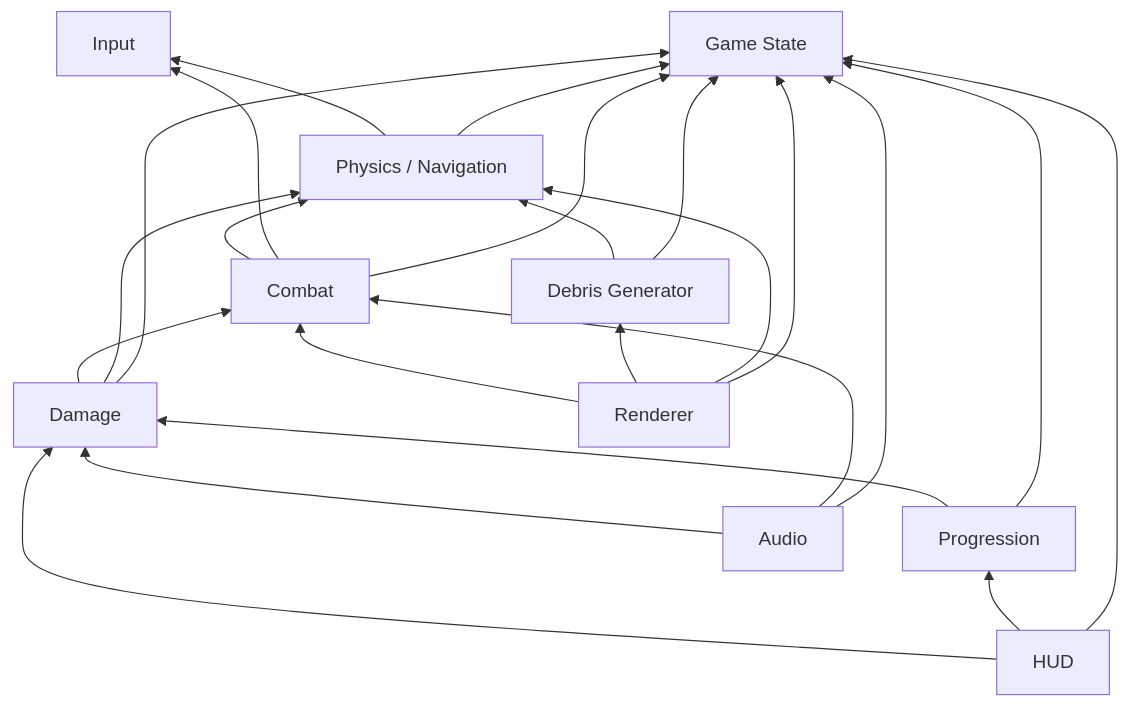
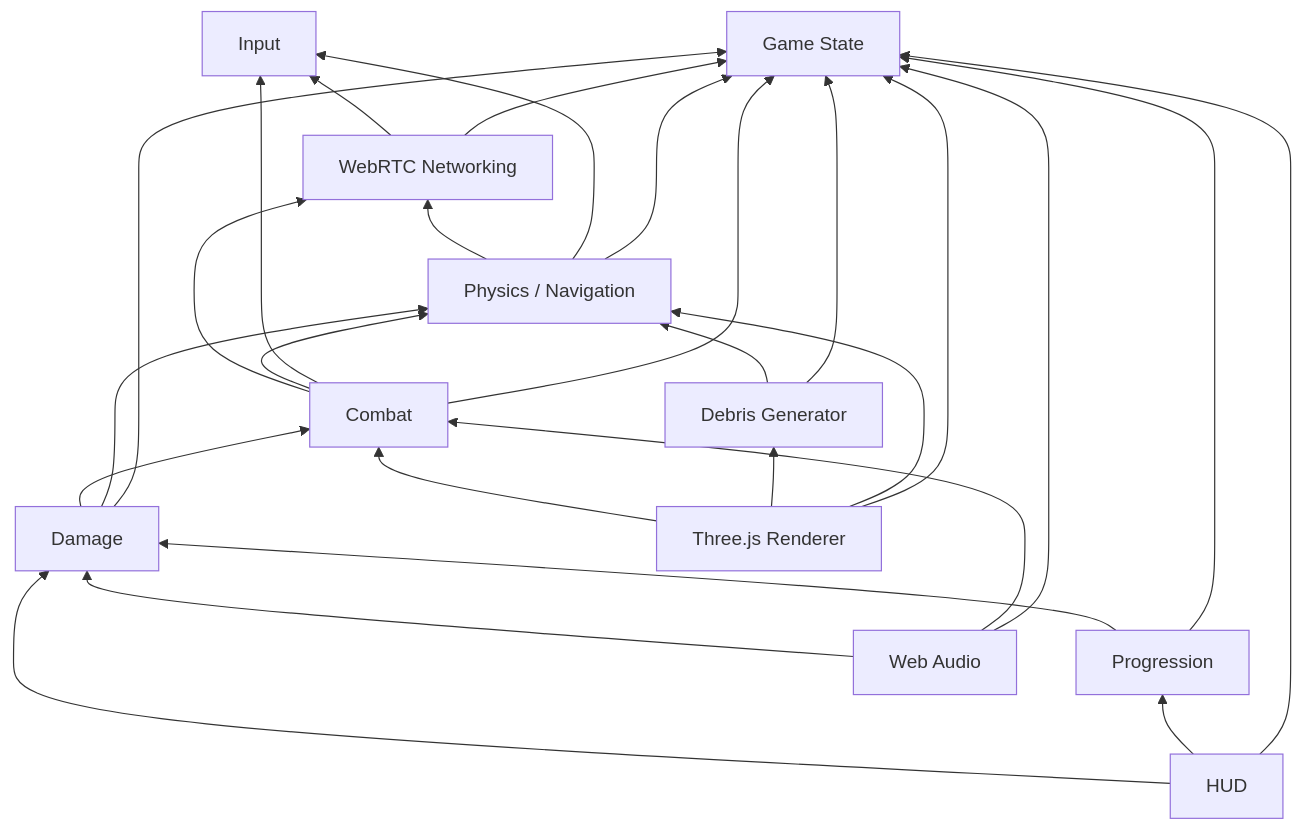
Before and after one commit to 0xdiNGo/cataract: the diagram in docs/diagrams/module-deps.md, drawn with Mermaid. The commit also changed other lines of this file and 7 other files, not shown here.

First line of the commit message:
Choose tech stack: browser + Three.js + WebRTC co-op multiplayer

````diff
--- a/docs/diagrams/module-deps.md
+++ b/docs/diagrams/module-deps.md
@@ -5,36 +5,41 @@
 ```mermaid
 graph BT
     Input[Input]
     Physics[Physics / Navigation]
     Combat[Combat]
     Debris[Debris Generator]
     Damage[Damage]
     Progression[Progression]
-    Renderer[Renderer]
+    Renderer[Three.js Renderer]
     HUD[HUD]
     State[Game State]
-    Audio[Audio]
+    Audio[Web Audio]
+    Net[WebRTC Networking]
 
     Physics --> State
     Physics --> Input
+    Physics --> Net
     Combat --> State
     Combat --> Input
     Combat --> Physics
+    Combat --> Net
     Debris --> State
     Debris --> Physics
     Damage --> State
     Damage --> Physics
     Damage --> Combat
     Progression --> State
     Progression --> Damage
     Renderer --> State
     Renderer --> Physics
     Renderer --> Debris
     Renderer --> Combat
     HUD --> State
     HUD --> Progression
     HUD --> Damage
     Audio --> State
     Audio --> Combat
     Audio --> Damage
+    Net --> State
+    Net --> Input
 ```
````
